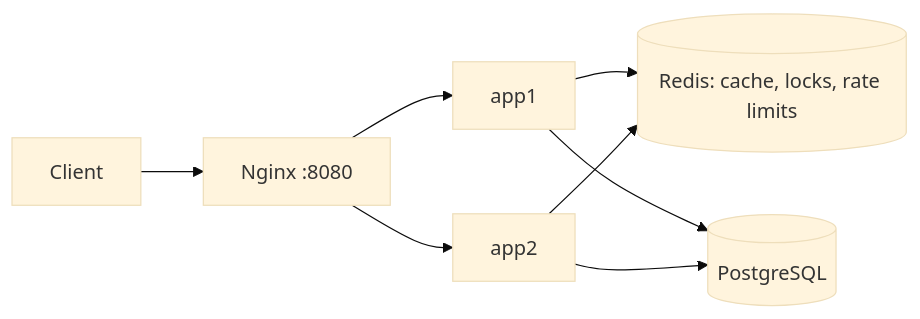
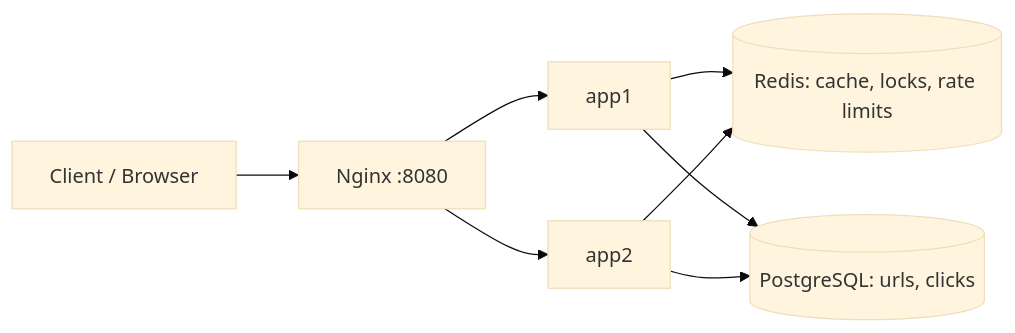
Before and after one commit to tahauchiha/url-shortener: the diagram in README.md, drawn with Mermaid (base theme). The commit also changed other lines of this file and 4 other files, not shown here.

````diff
--- a/README.md
+++ b/README.md
@@ -9,8 +9,8 @@
 ```mermaid
 flowchart LR
-  C[Client] --> N[Nginx :8080]
+  C[Client / Browser] --> N[Nginx :8080]
   N --> A1[app1]
   N --> A2[app2]
   A1 & A2 --> R[(Redis: cache, locks, rate limits)]
-  A1 & A2 --> P[(PostgreSQL)]
+  A1 & A2 --> P[(PostgreSQL: urls, clicks)]
 ```
````
